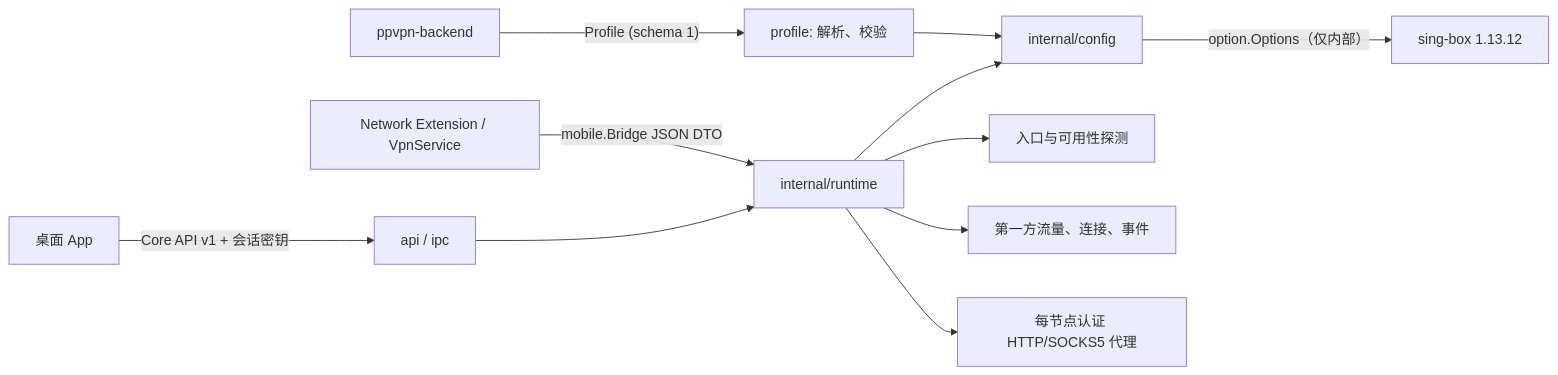
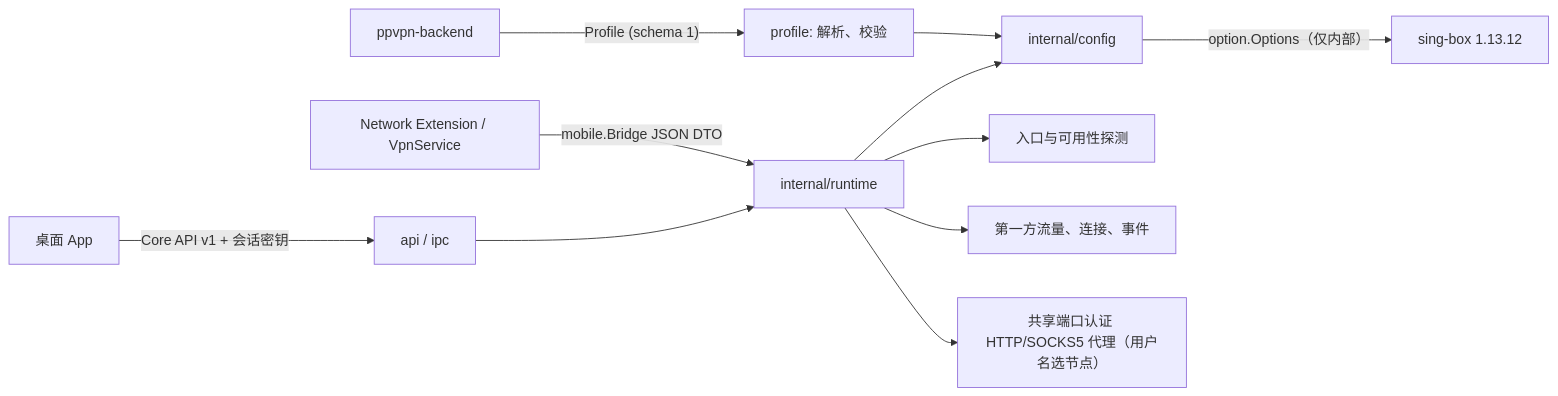
Before and after one commit to peakpassvpn/ppvpn-client: the first of 2 diagrams in docs/architecture.md, drawn with Mermaid. The commit also changed other lines of this file and 20 other files, not shown here.

````diff
--- a/docs/architecture.md
+++ b/docs/architecture.md
@@ -7,13 +7,13 @@
 ```mermaid
 flowchart LR
   Backend["ppvpn-backend"] -->|"Profile (schema 1)"| Profile["profile: 解析、校验"]
   Desktop["桌面 App"] -->|"Core API v1 + 会话密钥"| API["api / ipc"]
   Mobile["Network Extension / VpnService"] -->|"mobile.Bridge JSON DTO"| Runtime["internal/runtime"]
   API --> Runtime
   Profile --> Builder["internal/config"]
   Runtime --> Builder
   Builder -->|"option.Options（仅内部）"| SingBox["sing-box 1.13.12"]
   Runtime --> Probe["入口与可用性探测"]
   Runtime --> Telemetry["第一方流量、连接、事件"]
-  Runtime --> LocalProxy["每节点认证 HTTP/SOCKS5 代理"]
+  Runtime --> LocalProxy["共享端口认证 HTTP/SOCKS5 代理（用户名选节点）"]
 ```
````
